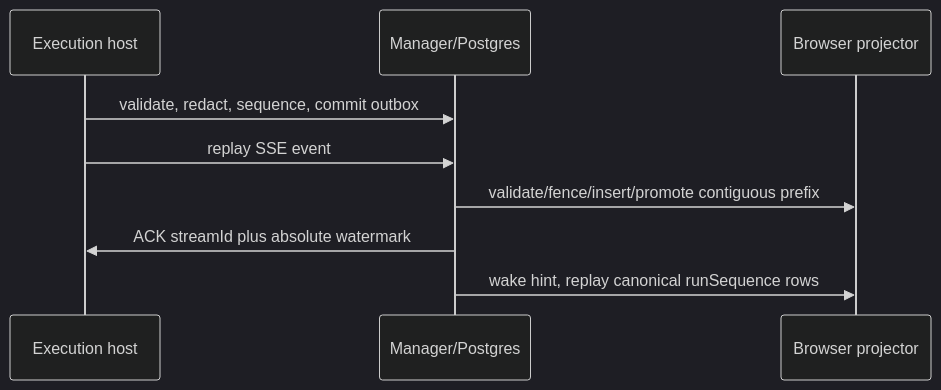
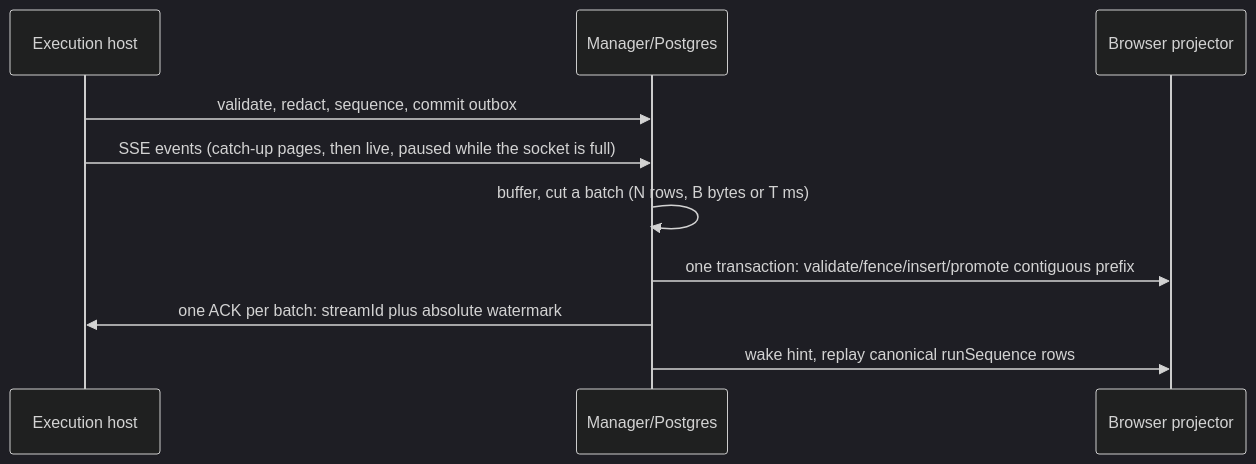
The second of 3 diagrams in docs/system-analytics/execution-event-plane.md (maister-dev/maister), drawn with Mermaid (dark theme) before and after one commit. The commit also changed other lines of this file and 19 other files, not shown here.

````diff
--- a/docs/system-analytics/execution-event-plane.md
+++ b/docs/system-analytics/execution-event-plane.md
@@ -227,11 +229,12 @@
 ```mermaid
 sequenceDiagram
   participant H as Execution host
   participant M as Manager/Postgres
   participant B as Browser projector
   H->>M: validate, redact, sequence, commit outbox
-  H->>M: replay SSE event
-  M->>B: validate/fence/insert/promote contiguous prefix
-  M->>H: ACK streamId plus absolute watermark
+  H->>M: SSE events (catch-up pages, then live, paused while the socket is full)
+  M->>M: buffer, cut a batch (N rows, B bytes or T ms)
+  M->>B: one transaction: validate/fence/insert/promote contiguous prefix
+  M->>H: one ACK per batch: streamId plus absolute watermark
   M->>B: wake hint, replay canonical runSequence rows
 ```
````
